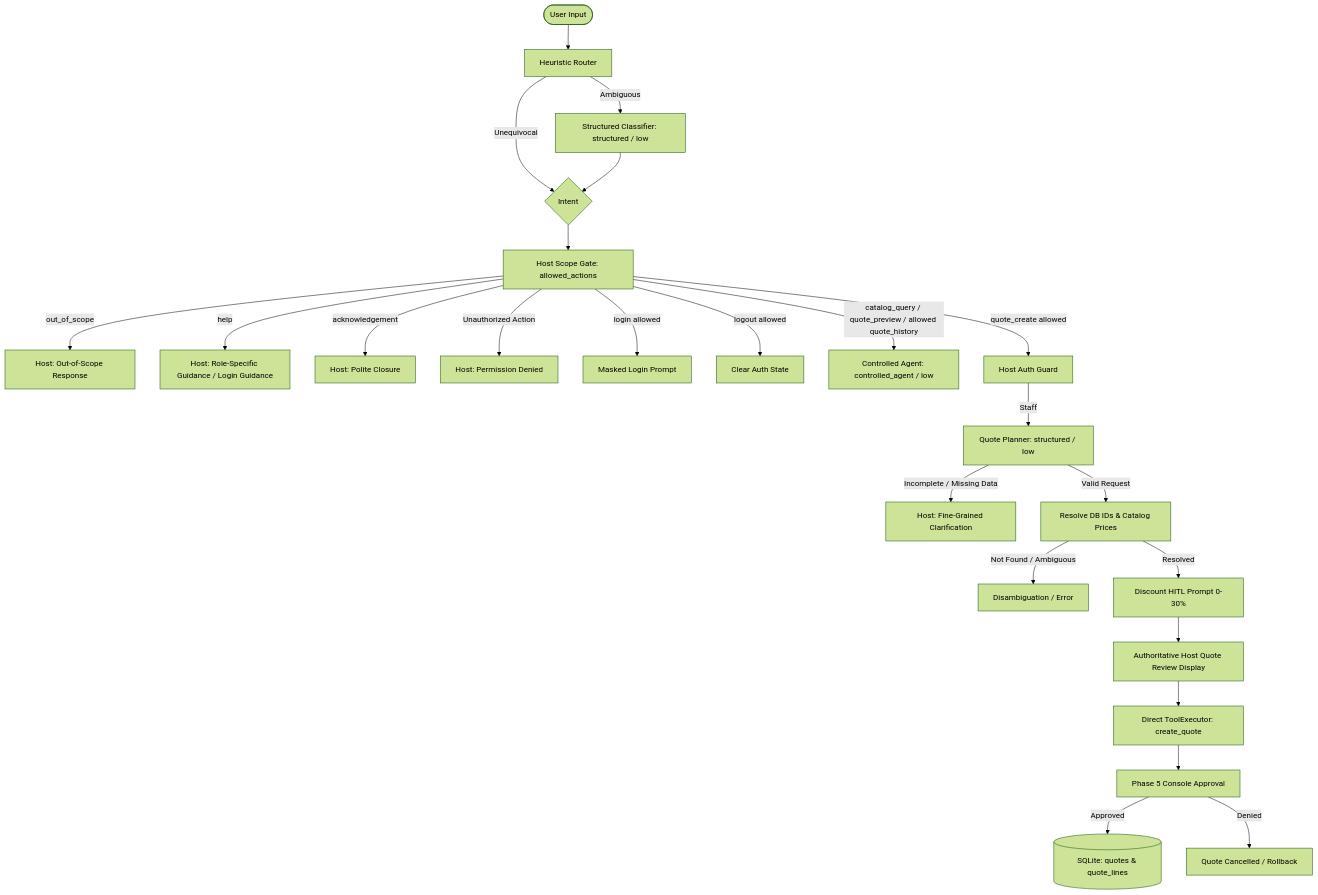
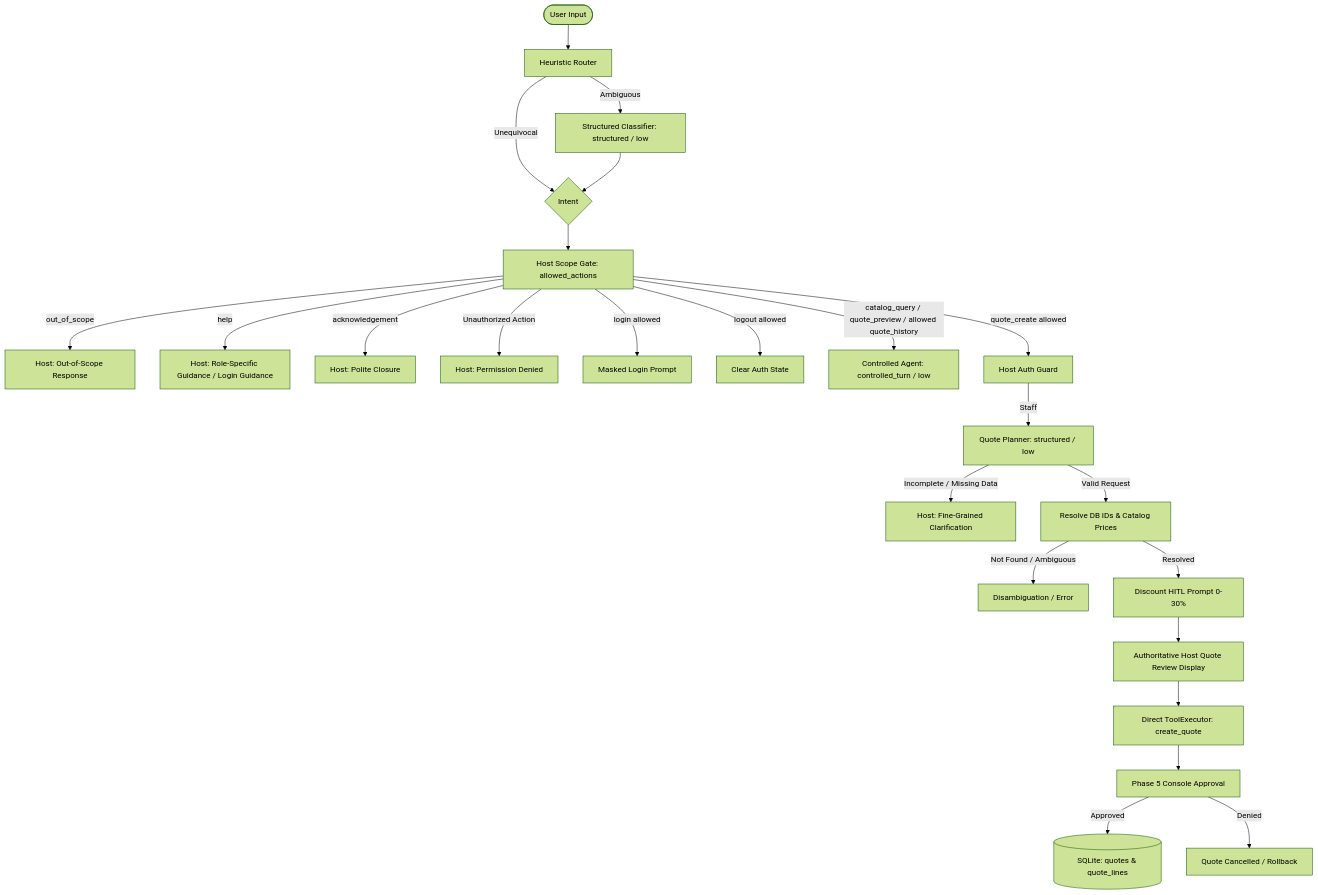
Before and after one commit to fernan2cp/proteo-runtime: the first of 2 diagrams in examples/smart_quote_agent/README.md, drawn with Mermaid (forest theme). The commit also changed other lines of this file and 5 other files, not shown here.

Commit message:
fix(examples): migrate Smart Quote Agent to controlled_turn profile and align lifecycle tests

````diff
--- a/examples/smart_quote_agent/README.md
+++ b/examples/smart_quote_agent/README.md
@@ -29,30 +29,30 @@
 ```mermaid
 flowchart TD
     User([User Input]) --> Router[Heuristic Router]
     Router -->|Unequivocal| DirectIntent{Intent}
     Router -->|Ambiguous| StructuredClassifier[Structured Classifier: structured / low]
     StructuredClassifier --> DirectIntent
 
     DirectIntent --> ScopeGate[Host Scope Gate: allowed_actions]
 
     ScopeGate -->|out_of_scope| OutOfScopeOutput[Host: Out-of-Scope Response]
     ScopeGate -->|help| HelpOutput[Host: Role-Specific Guidance / Login Guidance]
     ScopeGate -->|acknowledgement| AckOutput[Host: Polite Closure]
     ScopeGate -->|Unauthorized Action| DeniedOutput[Host: Permission Denied]
 
     ScopeGate -->|login allowed| LoginHITL[Masked Login Prompt]
     ScopeGate -->|logout allowed| Logout[Clear Auth State]
-    ScopeGate -->|catalog_query / quote_preview / allowed quote_history| ControlledAgent[Controlled Agent: controlled_agent / low]
+    ScopeGate -->|catalog_query / quote_preview / allowed quote_history| ControlledAgent[Controlled Agent: controlled_turn / low]
     ScopeGate -->|quote_create allowed| AuthGuard[Host Auth Guard]
 
     AuthGuard -->|Staff| QuotePlanner[Quote Planner: structured / low]
     QuotePlanner -->|Incomplete / Missing Data| ClarifyPrompt[Host: Fine-Grained Clarification]
     QuotePlanner -->|Valid Request| ResolveData[Resolve DB IDs & Catalog Prices]
     ResolveData -->|Not Found / Ambiguous| AmbiguityMessage[Disambiguation / Error]
     ResolveData -->|Resolved| DiscountHITL[Discount HITL Prompt 0-30%]
     DiscountHITL --> QuoteReview[Authoritative Host Quote Review Display]
     QuoteReview --> CreateQuoteTool[Direct ToolExecutor: create_quote]
     CreateQuoteTool --> ApprovalHITL[Phase 5 Console Approval]
     ApprovalHITL -->|Approved| AtomicWrite[(SQLite: quotes & quote_lines)]
     ApprovalHITL -->|Denied| CancelledOutput[Quote Cancelled / Rollback]
 ```
````
